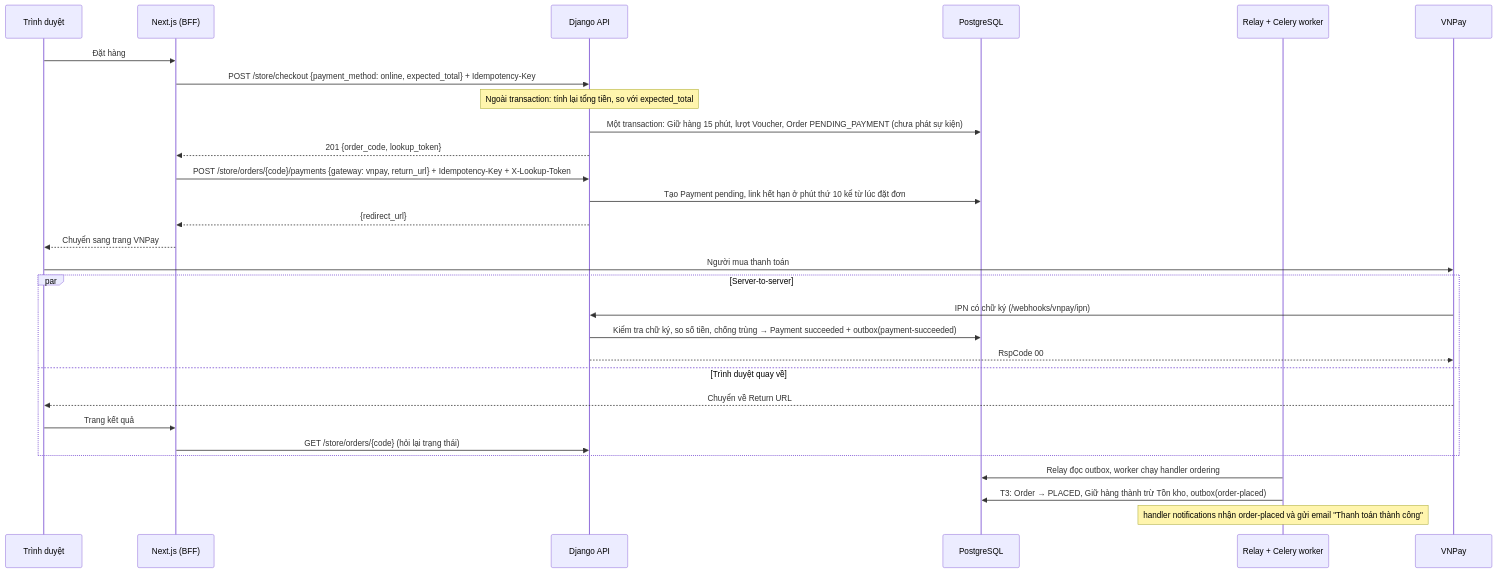
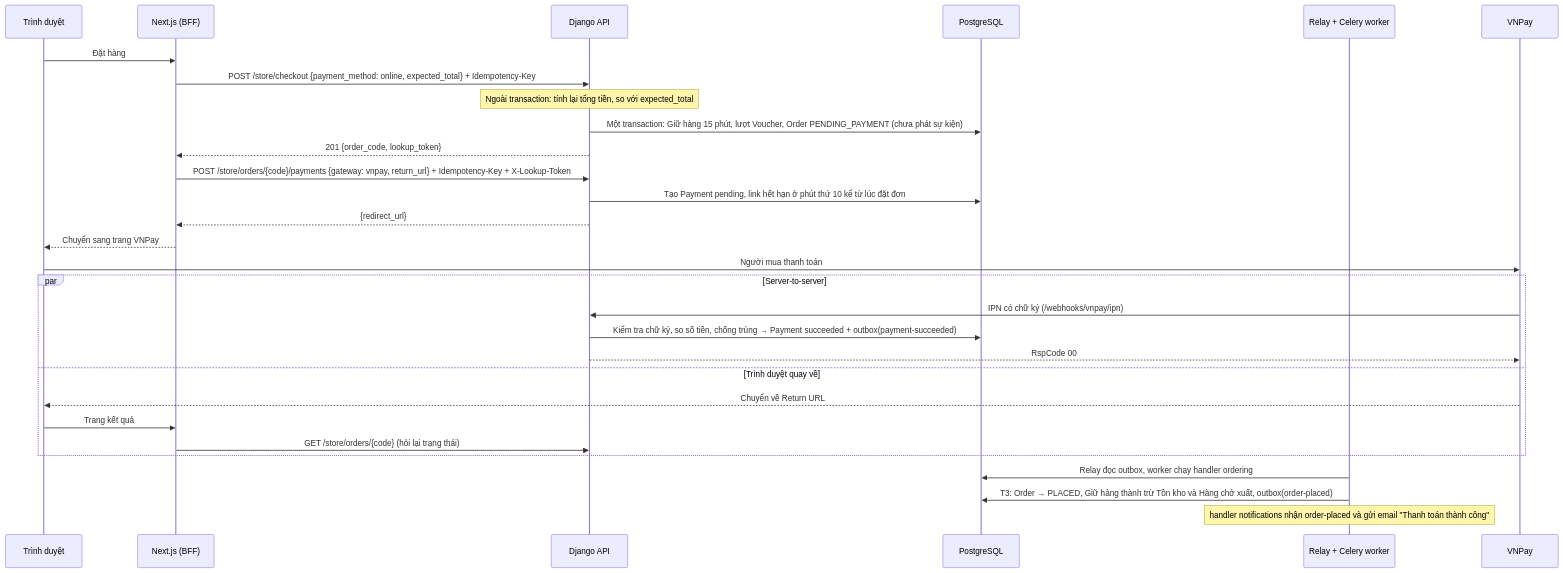
Before and after one commit to LuongCongThanh/boilerplate-ecommerce-next-16: the fourth of 4 diagrams in docs/architecture/01-system-context.md, drawn with Mermaid. The commit also changed other lines of this file and 16 other files, not shown here.

First line of the commit message:
docs: fix architecture gaps in locking, idempotency, tasks and API ownership

````diff
--- a/docs/architecture/01-system-context.md
+++ b/docs/architecture/01-system-context.md
@@ -135,32 +136,32 @@
 ```mermaid
 sequenceDiagram
     participant B as Trình duyệt
     participant N as Next.js (BFF)
     participant API as Django API
     participant DB as PostgreSQL
     participant R as Relay + Celery worker
     participant V as VNPay
 
     B->>N: Đặt hàng
     N->>API: POST /store/checkout {payment_method: online, expected_total} + Idempotency-Key
     Note over API: Ngoài transaction: tính lại tổng tiền, so với expected_total
     API->>DB: Một transaction: Giữ hàng 15 phút, lượt Voucher, Order PENDING_PAYMENT (chưa phát sự kiện)
     API-->>N: 201 {order_code, lookup_token}
     N->>API: POST /store/orders/{code}/payments {gateway: vnpay, return_url} + Idempotency-Key + X-Lookup-Token
     API->>DB: Tạo Payment pending, link hết hạn ở phút thứ 10 kể từ lúc đặt đơn
     API-->>N: {redirect_url}
     N-->>B: Chuyển sang trang VNPay
     B->>V: Người mua thanh toán
     par Server-to-server
         V->>API: IPN có chữ ký (/webhooks/vnpay/ipn)
         API->>DB: Kiểm tra chữ ký, so số tiền, chống trùng → Payment succeeded + outbox(payment-succeeded)
         API-->>V: RspCode 00
     and Trình duyệt quay về
         V-->>B: Chuyển về Return URL
         B->>N: Trang kết quả
         N->>API: GET /store/orders/{code} (hỏi lại trạng thái)
     end
     R->>DB: Relay đọc outbox, worker chạy handler ordering
-    R->>DB: T3: Order → PLACED, Giữ hàng thành trừ Tồn kho, outbox(order-placed)
+    R->>DB: T3: Order → PLACED, Giữ hàng thành trừ Tồn kho và Hàng chờ xuất, outbox(order-placed)
     Note over R: handler notifications nhận order-placed và gửi email "Thanh toán thành công"
 ```
````
